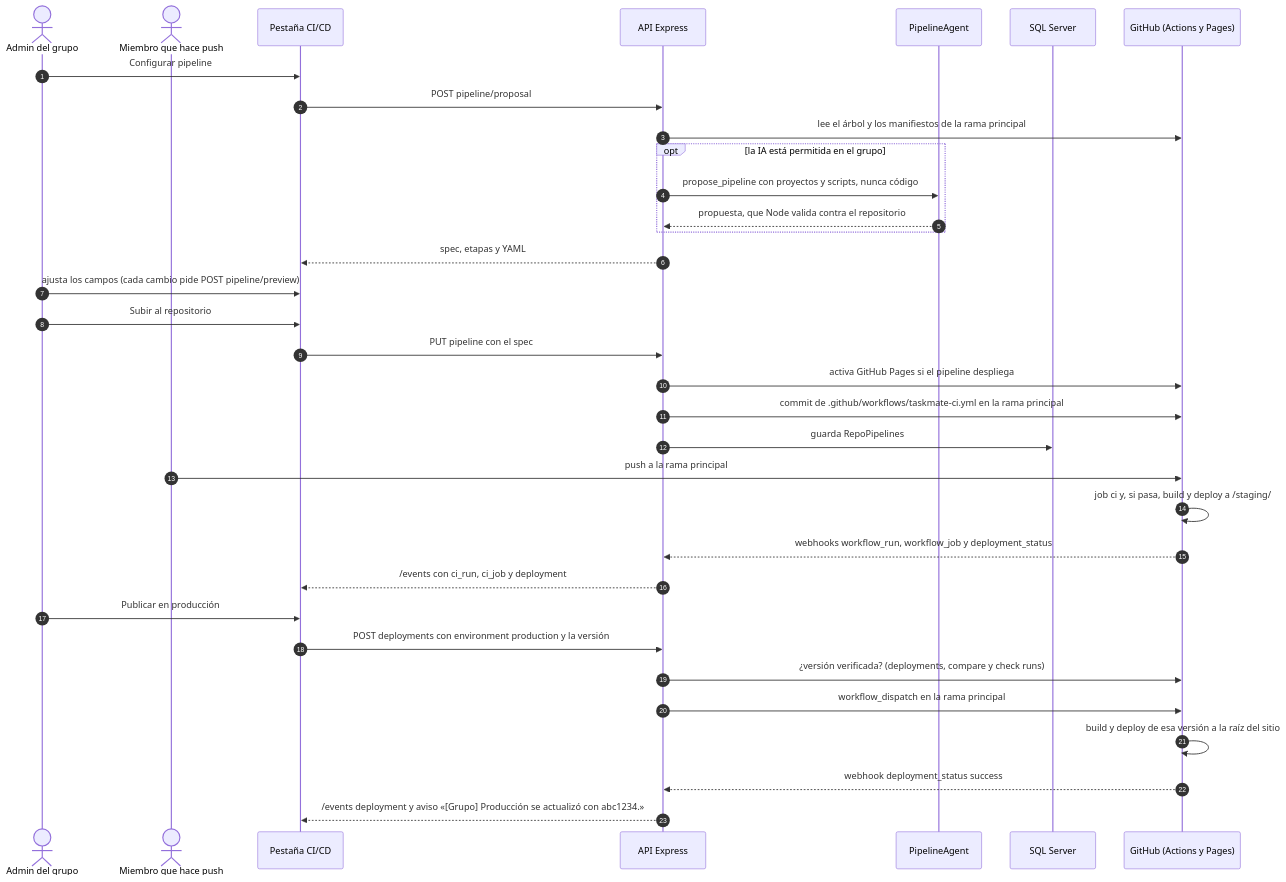
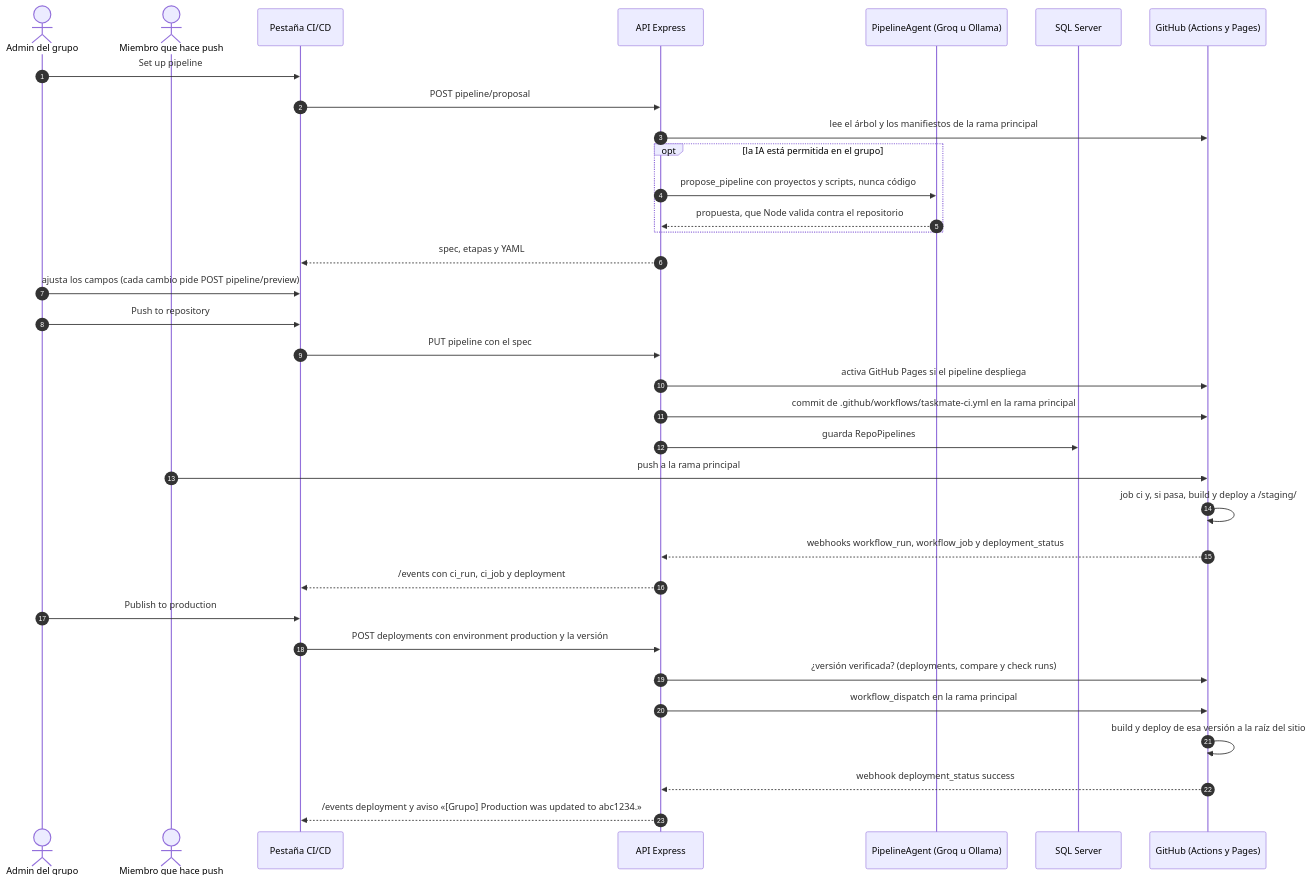
The first of 4 diagrams in documentacion/06-flujos/08-cicd.md (PabloP150/proyecto-is-cc6), drawn with Mermaid before and after one commit. The commit also changed other lines of this file and 204 other files, not shown here.

First line of the commit message:
docs: update all documentation, diagrams and PNGs to the test/e2e state

````diff
--- a/documentacion/06-flujos/08-cicd.md
+++ b/documentacion/06-flujos/08-cicd.md
@@ -7,37 +7,37 @@
 ```mermaid
 sequenceDiagram
     autonumber
     actor A as Admin del grupo
     actor P as Miembro que hace push
     participant FE as Pestaña CI/CD
     participant API as API Express
-    participant IA as PipelineAgent
+    participant IA as PipelineAgent (Groq u Ollama)
     participant DB as SQL Server
     participant GH as GitHub (Actions y Pages)
 
-    A->>FE: Configurar pipeline
+    A->>FE: Set up pipeline
     FE->>API: POST pipeline/proposal
     API->>GH: lee el árbol y los manifiestos de la rama principal
     opt la IA está permitida en el grupo
         API->>IA: propose_pipeline con proyectos y scripts, nunca código
         IA-->>API: propuesta, que Node valida contra el repositorio
     end
     API-->>FE: spec, etapas y YAML
     A->>FE: ajusta los campos (cada cambio pide POST pipeline/preview)
-    A->>FE: Subir al repositorio
+    A->>FE: Push to repository
     FE->>API: PUT pipeline con el spec
     API->>GH: activa GitHub Pages si el pipeline despliega
     API->>GH: commit de .github/workflows/taskmate-ci.yml en la rama principal
     API->>DB: guarda RepoPipelines
     P->>GH: push a la rama principal
     GH->>GH: job ci y, si pasa, build y deploy a /staging/
     GH-->>API: webhooks workflow_run, workflow_job y deployment_status
     API-->>FE: /events con ci_run, ci_job y deployment
-    A->>FE: Publicar en producción
+    A->>FE: Publish to production
     FE->>API: POST deployments con environment production y la versión
     API->>GH: ¿versión verificada? (deployments, compare y check runs)
     API->>GH: workflow_dispatch en la rama principal
     GH->>GH: build y deploy de esa versión a la raíz del sitio
     GH-->>API: webhook deployment_status success
-    API-->>FE: /events deployment y aviso «[Grupo] Producción se actualizó con abc1234.»
+    API-->>FE: /events deployment y aviso «[Grupo] Production was updated to abc1234.»
 ```
````
